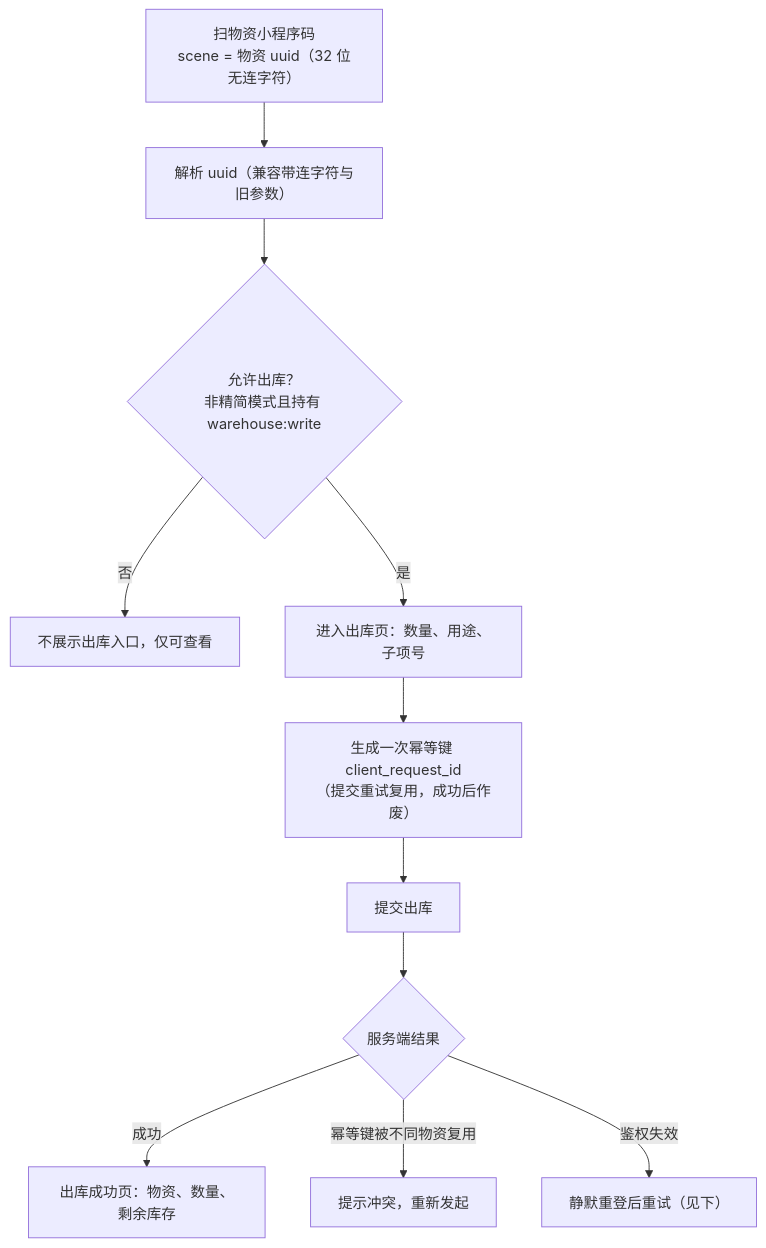
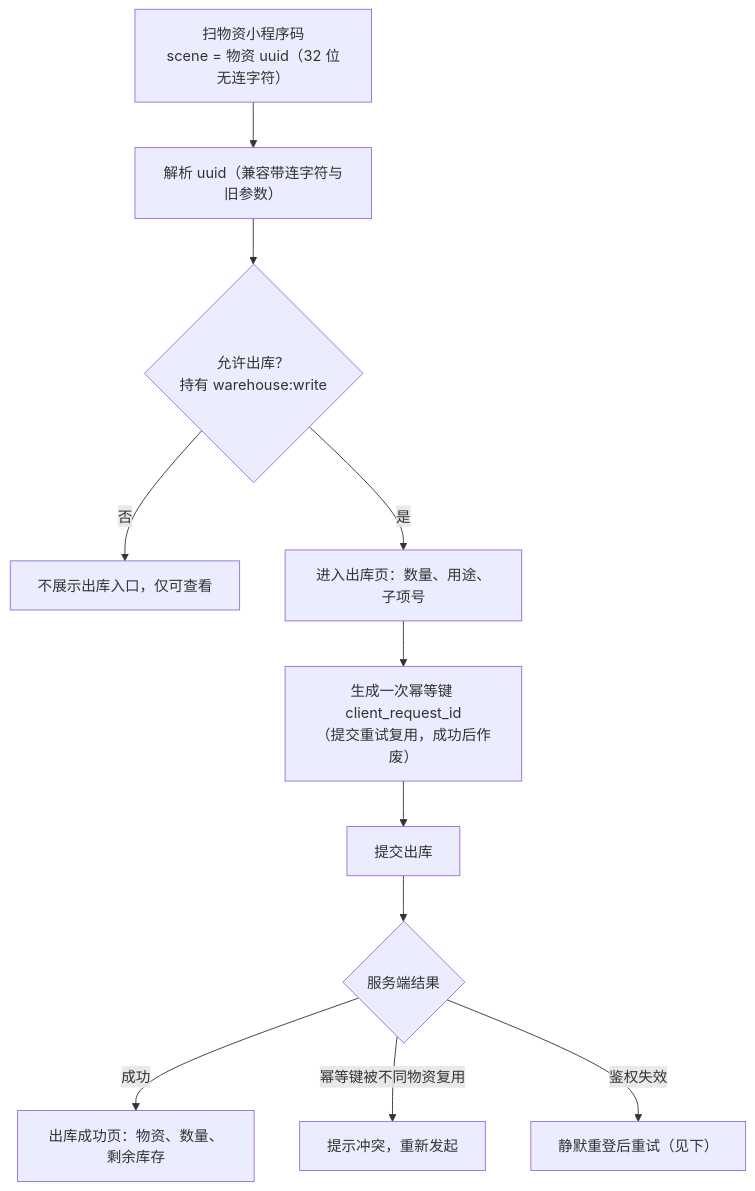
Before and after one commit to Sakana-1314/Electrical-Manager: the seventh of 10 diagrams in docs/websites/pages/dev-architecture.md, drawn with Mermaid. The commit also changed other lines of this file and 69 other files, not shown here.

````diff
--- a/docs/websites/pages/dev-architecture.md
+++ b/docs/websites/pages/dev-architecture.md
@@ -1070,13 +1069,13 @@
 ```mermaid
 flowchart TD
     A["扫物资小程序码<br/>scene = 物资 uuid（32 位无连字符）"] --> B["解析 uuid（兼容带连字符与旧参数）"]
-    B --> C{"允许出库？<br/>非精简模式且持有 warehouse:write"}
+    B --> C{"允许出库？<br/>持有 warehouse:write"}
     C -- "否" --> D["不展示出库入口，仅可查看"]
     C -- "是" --> E["进入出库页：数量、用途、子项号"]
     E --> F["生成一次幂等键 client_request_id<br/>（提交重试复用，成功后作废）"]
     F --> G["提交出库"]
     G --> H{"服务端结果"}
     H -- "成功" --> I["出库成功页：物资、数量、剩余库存"]
     H -- "幂等键被不同物资复用" --> J["提示冲突，重新发起"]
     H -- "鉴权失效" --> K["静默重登后重试（见下）"]
 ```
````
